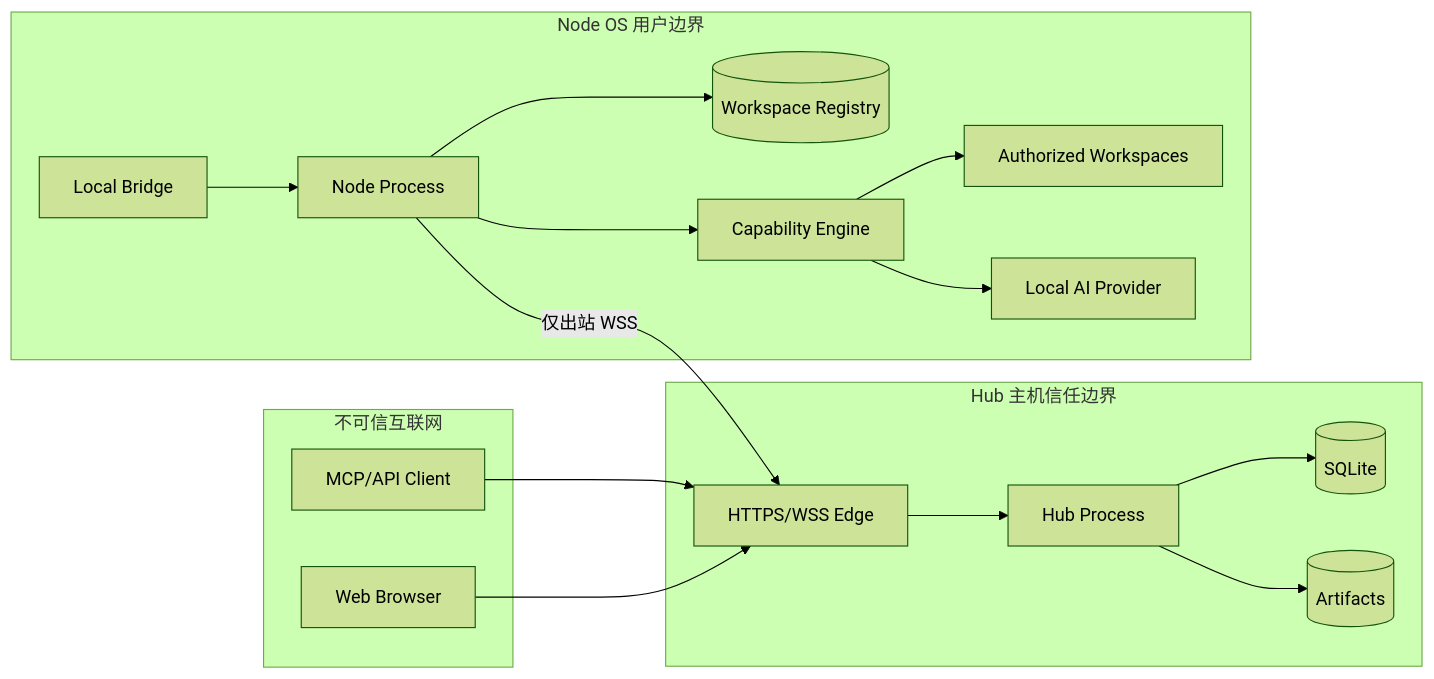
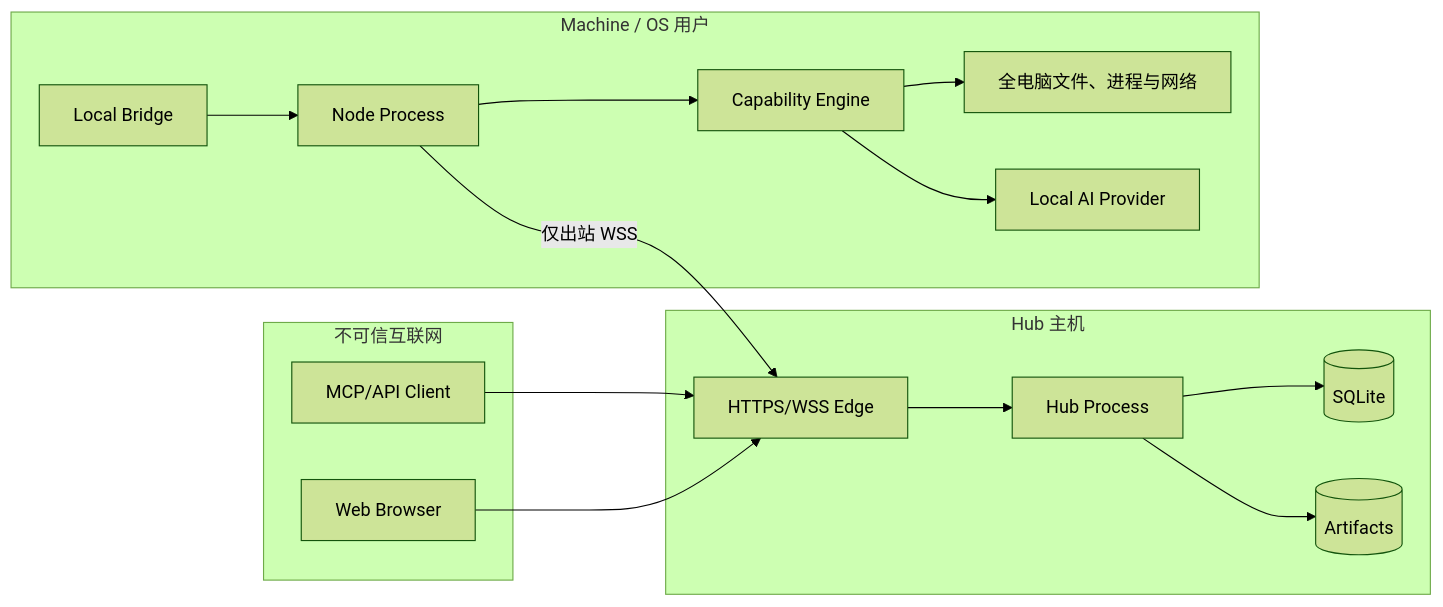
The diagram in docs/09-security-threat-model.md (isguang2024/fast-spider), drawn with Mermaid (forest theme) before and after one commit. The commit also changed other lines of this file and 74 other files, not shown here.

Commit message:
feat: remove workspace boundary for personal node mode

````diff
--- a/docs/09-security-threat-model.md
+++ b/docs/09-security-threat-model.md
@@ -66,34 +52,32 @@
 ```mermaid
 flowchart LR
-    subgraph UntrustedInternet[不可信互联网]
+    subgraph Internet[不可信互联网]
       MCP[MCP/API Client]
-      Browser[Web Browser]
+      Web[Web Browser]
     end
 
-    subgraph HubBoundary[Hub 主机信任边界]
+    subgraph HubBoundary[Hub 主机]
       Edge[HTTPS/WSS Edge]
       Hub[Hub Process]
       DB[(SQLite)]
       Art[(Artifacts)]
     end
 
-    subgraph NodeBoundary[Node OS 用户边界]
+    subgraph NodeBoundary[Machine / OS 用户]
       Node[Node Process]
-      Reg[(Workspace Registry)]
       Local[Local Bridge]
       Cap[Capability Engine]
-      WS[Authorized Workspaces]
+      FS[全电脑文件、进程与网络]
       Agent[Local AI Provider]
     end
 
     MCP --> Edge
-    Browser --> Edge
+    Web --> Edge
     Edge --> Hub
     Hub --> DB
     Hub --> Art
     Node -->|仅出站 WSS| Edge
     Local --> Node
-    Node --> Reg
-    Node --> Cap --> WS
+    Node --> Cap --> FS
     Cap --> Agent
 ```
````
